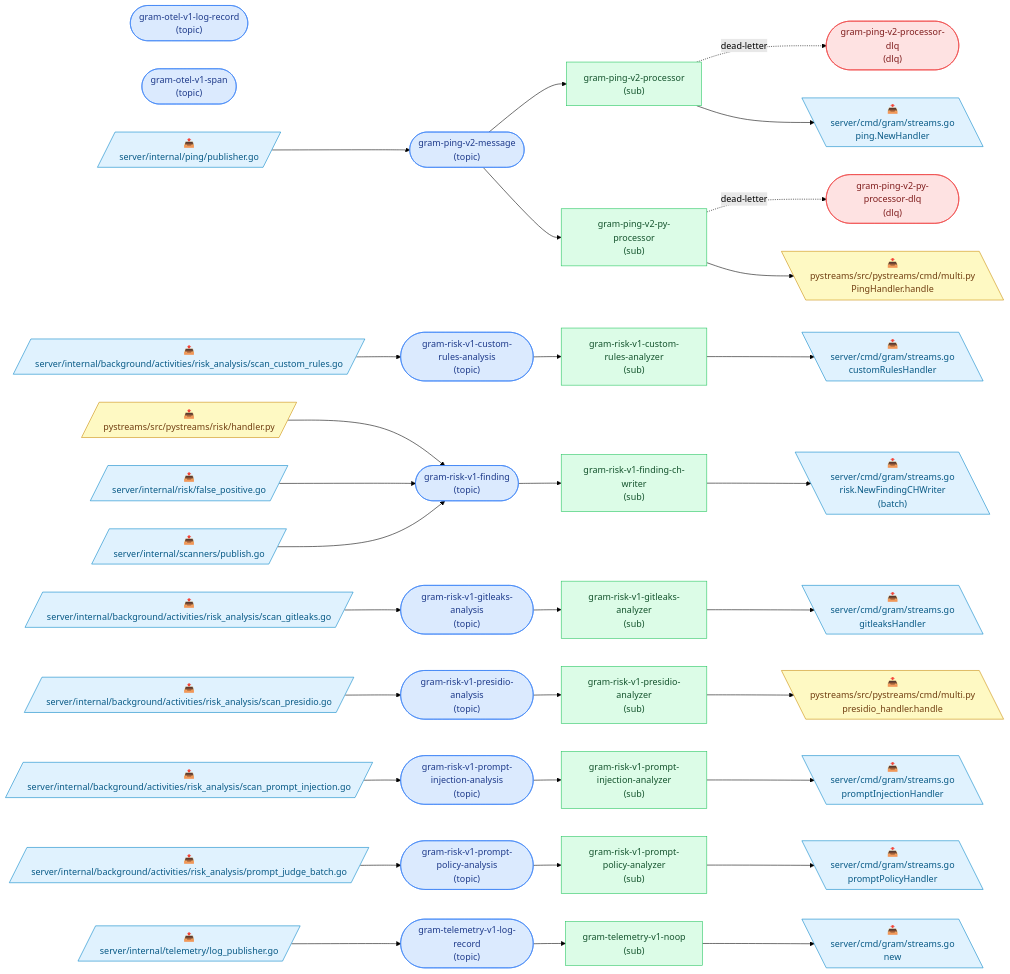
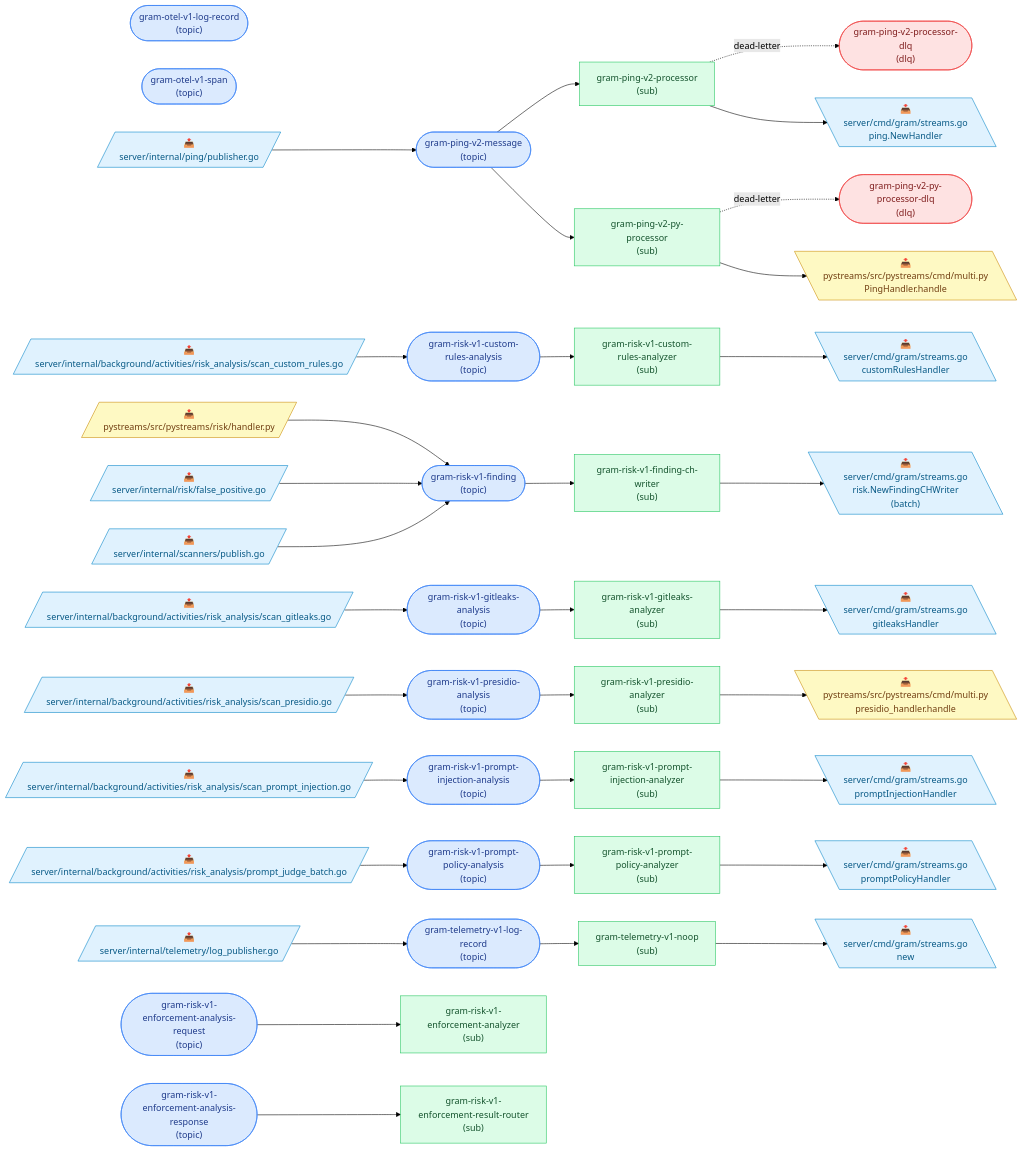
The diagram in docs/pubsub-topology.md (speakeasy-api/gram), drawn with Mermaid (forest theme) before and after one commit. The commit also changed other lines of this file and 18 other files, not shown here.

```diff
--- a/docs/pubsub-topology.md
+++ b/docs/pubsub-topology.md
@@ -21,6 +21,8 @@
   t_gram_ping_v2_processor_dlq(["gram-ping-v2-processor-dlq<br/>(dlq)"]):::dlq
   t_gram_ping_v2_py_processor_dlq(["gram-ping-v2-py-processor-dlq<br/>(dlq)"]):::dlq
   t_gram_risk_v1_custom_rules_analysis(["gram-risk-v1-custom-rules-analysis<br/>(topic)"]):::topic
+  t_gram_risk_v1_enforcement_analysis_request(["gram-risk-v1-enforcement-analysis-request<br/>(topic)"]):::topic
+  t_gram_risk_v1_enforcement_analysis_response(["gram-risk-v1-enforcement-analysis-response<br/>(topic)"]):::topic
   t_gram_risk_v1_finding(["gram-risk-v1-finding<br/>(topic)"]):::topic
   t_gram_risk_v1_gitleaks_analysis(["gram-risk-v1-gitleaks-analysis<br/>(topic)"]):::topic
   t_gram_risk_v1_presidio_analysis(["gram-risk-v1-presidio-analysis<br/>(topic)"]):::topic
@@ -30,6 +32,8 @@
   s_gram_ping_v2_processor["gram-ping-v2-processor<br/>(sub)"]:::sub
   s_gram_ping_v2_py_processor["gram-ping-v2-py-processor<br/>(sub)"]:::sub
   s_gram_risk_v1_custom_rules_analyzer["gram-risk-v1-custom-rules-analyzer<br/>(sub)"]:::sub
+  s_gram_risk_v1_enforcement_analyzer["gram-risk-v1-enforcement-analyzer<br/>(sub)"]:::sub
+  s_gram_risk_v1_enforcement_result_router["gram-risk-v1-enforcement-result-router<br/>(sub)"]:::sub
   s_gram_risk_v1_finding_ch_writer["gram-risk-v1-finding-ch-writer<br/>(sub)"]:::sub
   s_gram_risk_v1_gitleaks_analyzer["gram-risk-v1-gitleaks-analyzer<br/>(sub)"]:::sub
   s_gram_risk_v1_presidio_analyzer["gram-risk-v1-presidio-analyzer<br/>(sub)"]:::sub
@@ -62,6 +66,8 @@
   t_gram_ping_v2_message --> s_gram_ping_v2_py_processor
   s_gram_ping_v2_py_processor -. dead-letter .-> t_gram_ping_v2_py_processor_dlq
   t_gram_risk_v1_custom_rules_analysis --> s_gram_risk_v1_custom_rules_analyzer
+  t_gram_risk_v1_enforcement_analysis_request --> s_gram_risk_v1_enforcement_analyzer
+  t_gram_risk_v1_enforcement_analysis_response --> s_gram_risk_v1_enforcement_result_router
   t_gram_risk_v1_finding --> s_gram_risk_v1_finding_ch_writer
   t_gram_risk_v1_gitleaks_analysis --> s_gram_risk_v1_gitleaks_analyzer
   t_gram_risk_v1_presidio_analysis --> s_gram_risk_v1_presidio_analyzer
```
